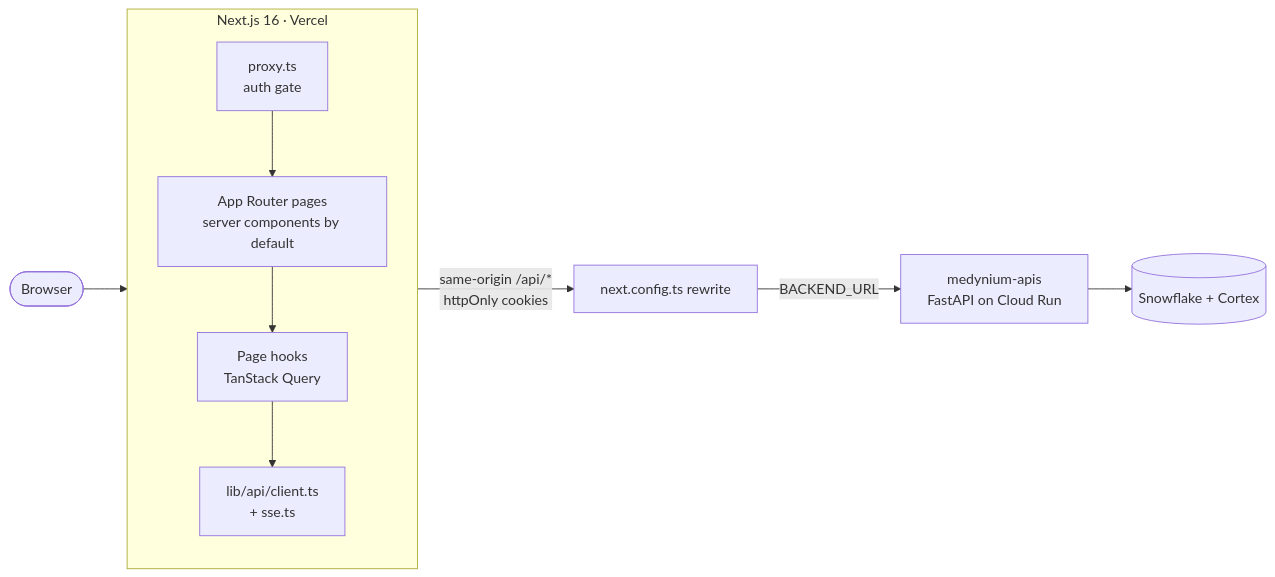
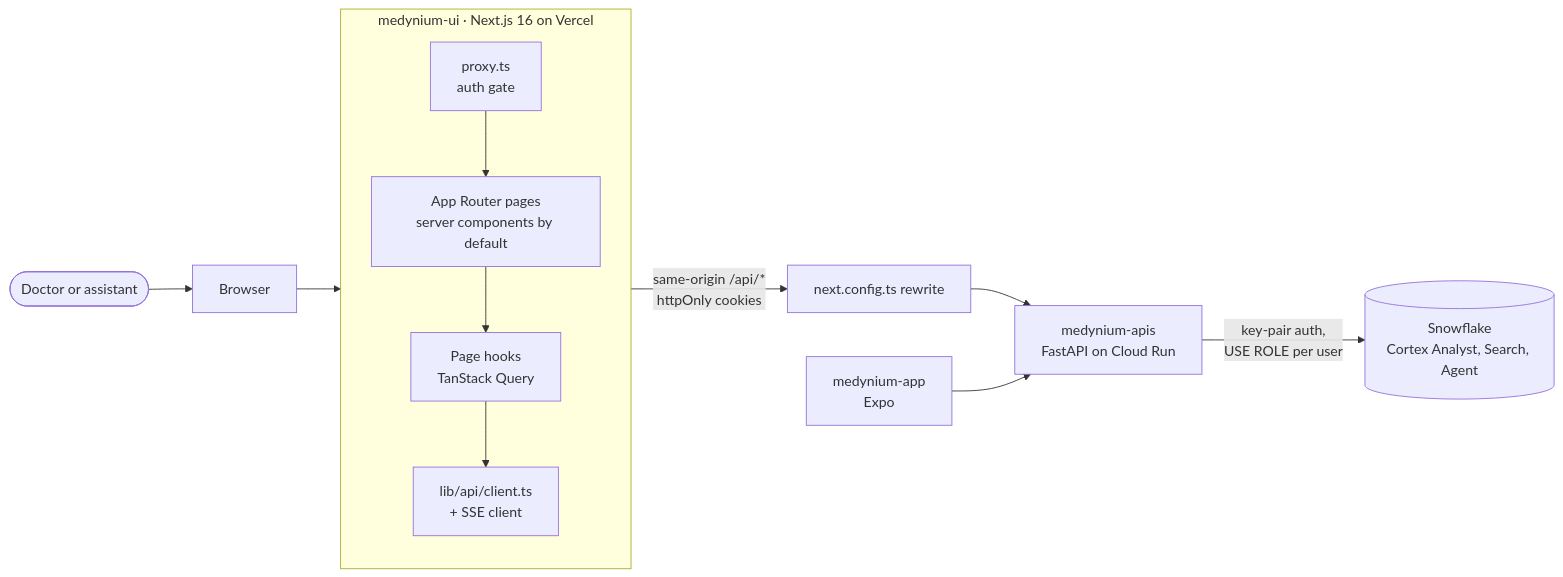
Before and after one commit to noobCoderVP/medynium-ui: the first of 3 diagrams in README.md, drawn with Mermaid. The commit also changed other lines of this file and 1 other file, not shown here.

Commit message:
docs: rewrite README with architecture, features, impact and media guide

````diff
--- a/README.md
+++ b/README.md
@@ -36,13 +201,15 @@
 ```mermaid
 flowchart LR
-  B([Browser]) --> N
-  subgraph N [Next.js 16 · Vercel]
+  Doc([Doctor or assistant]) --> B[Browser]
+  B --> N
+  subgraph N [medynium-ui · Next.js 16 on Vercel]
     direction TB
     P[proxy.ts<br/>auth gate] --> Pages[App Router pages<br/>server components by default]
     Pages --> H[Page hooks<br/>TanStack Query]
-    H --> C[lib/api/client.ts<br/>+ sse.ts]
+    H --> C[lib/api/client.ts<br/>+ SSE client]
   end
   C -->|same-origin /api/*<br/>httpOnly cookies| RW[next.config.ts rewrite]
-  RW -->|BACKEND_URL| API[medynium-apis<br/>FastAPI on Cloud Run]
-  API --> SF[(Snowflake + Cortex)]
+  RW --> API[medynium-apis<br/>FastAPI on Cloud Run]
+  Mobile[medynium-app<br/>Expo] --> API
+  API -->|key-pair auth,<br/>USE ROLE per user| SF[(Snowflake<br/>Cortex Analyst, Search, Agent)]
 ```
````
